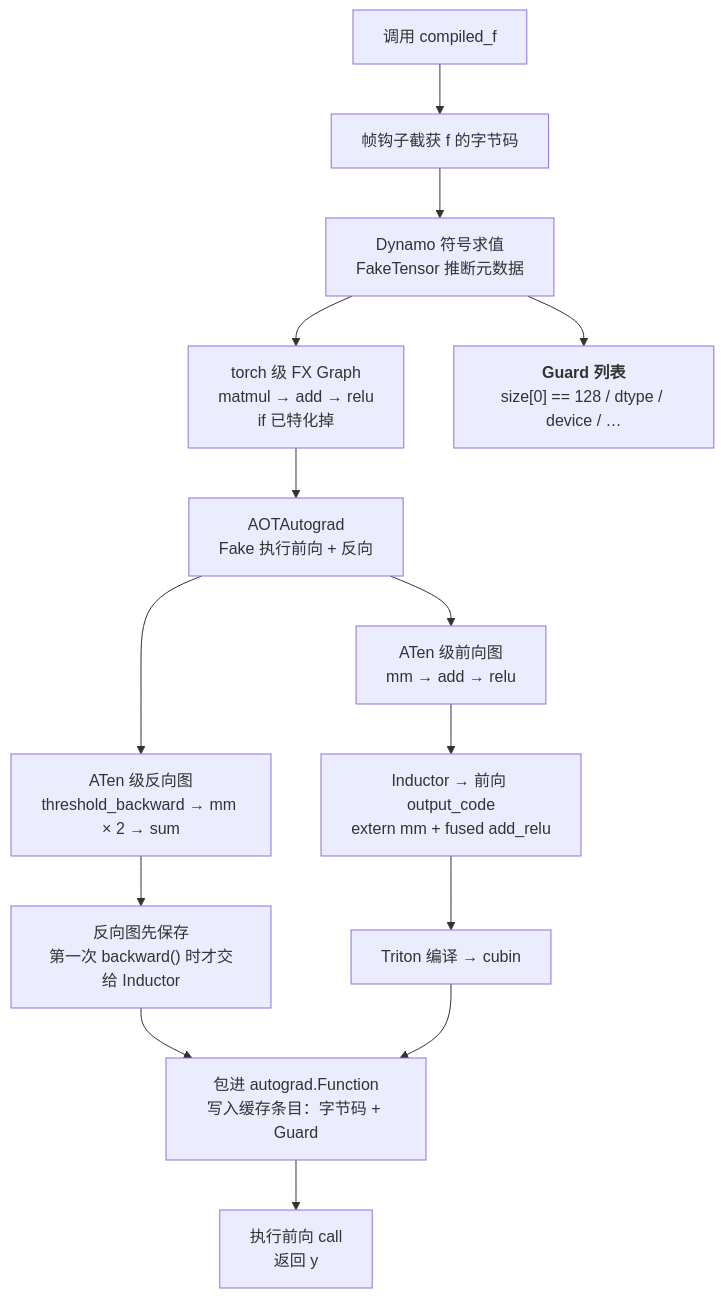
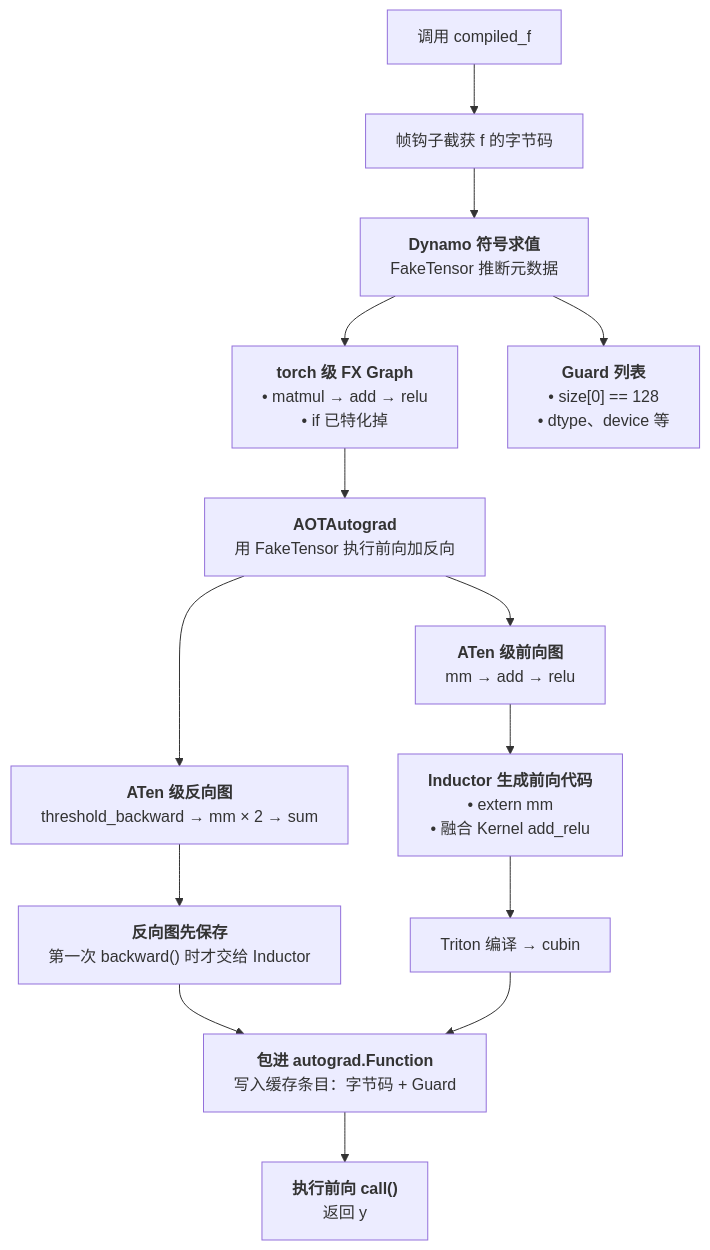
Before and after one commit to arganzheng/arganzheng.github.com: the tenth of 12 diagrams in _posts/2026-02-23-pytorch-compilation-and-graph-optimization.md, drawn with Mermaid. The commit also changed other lines of this file and 1 other file, not shown here.

First line of the commit message:
PyTorch 编译执行与图优化：5 张 Mermaid 图的方框改成「标题 + 无序列表」（Discussion #372）

````diff
--- a/_posts/2026-02-23-pytorch-compilation-and-graph-optimization.md
+++ b/_posts/2026-02-23-pytorch-compilation-and-graph-optimization.md
@@ -1281,17 +1282,18 @@
 ```mermaid
+%%{init: {"flowchart": {"wrappingWidth": 440}}}%%
 %% 图：第一次调用的冷编译：帧钩子截获字节码，Dynamo → AOTAutograd → Inductor → Triton，真实数据只在最后一步被读取
 flowchart TB
     A[调用 compiled_f] --> B[帧钩子截获 f 的字节码]
-    B --> C[Dynamo 符号求值<br/>FakeTensor 推断元数据]
-    C --> D[torch 级 FX Graph<br/>matmul → add → relu<br/>if 已特化掉]
-    C --> G["<b>Guard 列表</b><br/>size#91;0#93; == 128 / dtype / device / …"]
-    D --> E[AOTAutograd<br/>Fake 执行前向 + 反向]
-    E --> F1[ATen 级前向图<br/>mm → add → relu]
-    E --> F2[ATen 级反向图<br/>threshold_backward → mm × 2 → sum]
-    F1 --> H1[Inductor → 前向 output_code<br/>extern mm + fused add_relu]
-    F2 --> H2["反向图先保存<br/>第一次 backward() 时才交给 Inductor"]
+    B --> C["<b>Dynamo 符号求值</b><br/>FakeTensor 推断元数据"]
+    C --> D["<b>torch 级 FX Graph</b><br/>• matmul → add → relu<br/>• if 已特化掉"]
+    C --> G["<b>Guard 列表</b><br/>• size#91;0#93; == 128<br/>• dtype、device 等"]
+    D --> E["<b>AOTAutograd</b><br/>用 FakeTensor 执行前向加反向"]
+    E --> F1["<b>ATen 级前向图</b><br/>mm → add → relu"]
+    E --> F2["<b>ATen 级反向图</b><br/>threshold_backward → mm × 2 → sum"]
+    F1 --> H1["<b>Inductor 生成前向代码</b><br/>• extern mm<br/>• 融合 Kernel add_relu"]
+    F2 --> H2["<b>反向图先保存</b><br/>第一次 backward() 时才交给 Inductor"]
     H1 --> T[Triton 编译 → cubin]
     H2 --> W
-    T --> W[包进 autograd.Function<br/>写入缓存条目：字节码 + Guard]
-    W --> R[执行前向 call<br/>返回 y]
+    T --> W["<b>包进 autograd.Function</b><br/>写入缓存条目：字节码 + Guard"]
+    W --> R["<b>执行前向 call()</b><br/>返回 y"]
 ```
````
